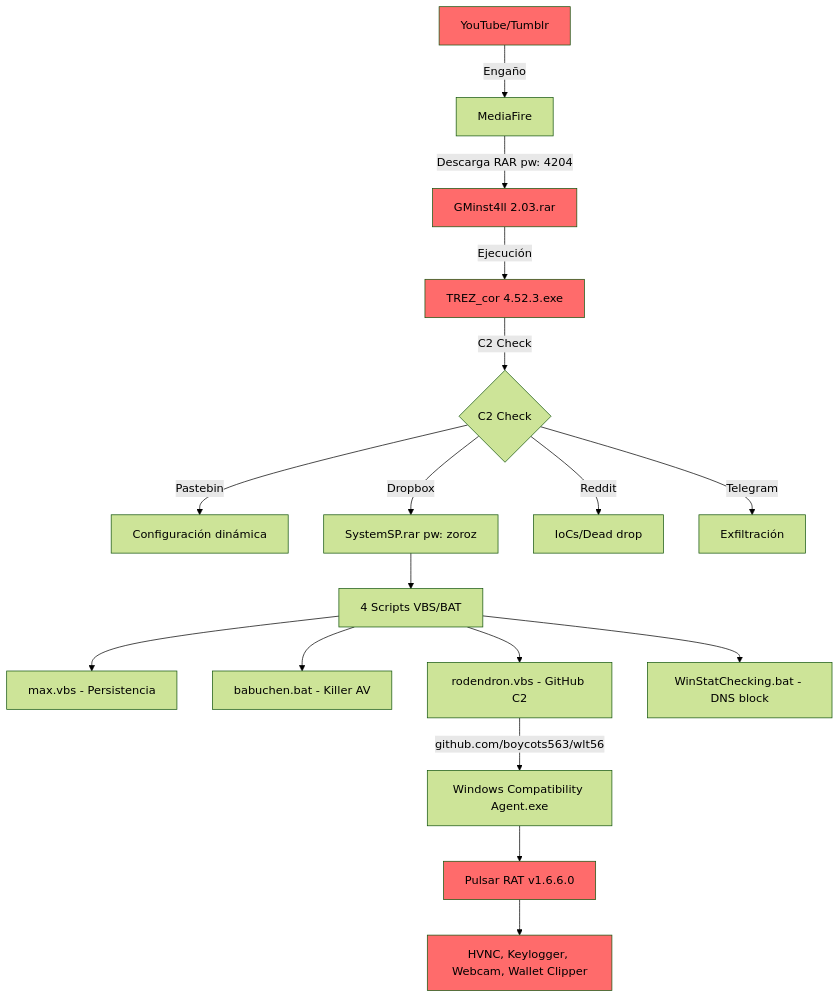
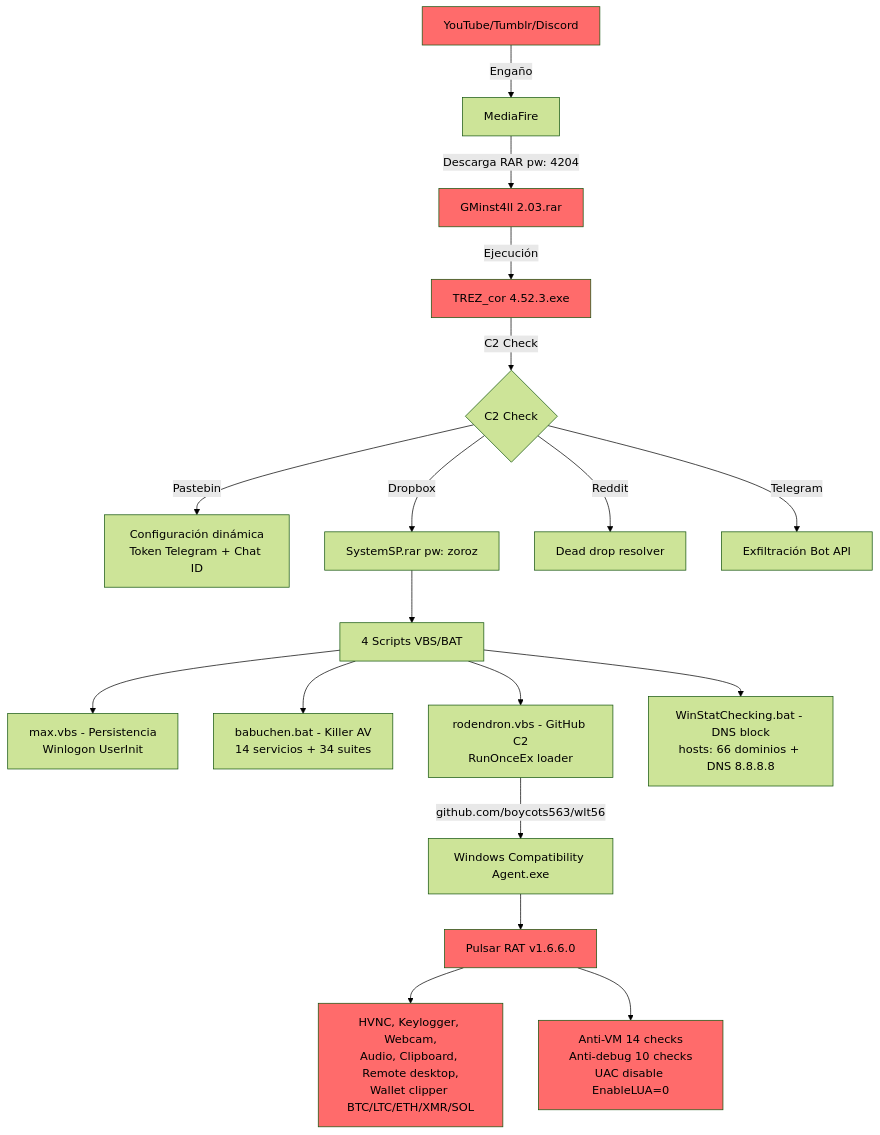
Diagram 11 of 12 in docs/thesis/appendix_f.md (alesanfe/soar-ransomware-lab), drawn with Mermaid (forest theme) before and after one commit. The commit also changed other lines of this file, not shown here.

````diff
--- a/docs/thesis/appendix_f.md
+++ b/docs/thesis/appendix_f.md
@@ -453,24 +472,26 @@
 ```mermaid
 graph TD
- A[YouTube/Tumblr] -->|Engaño| B[MediaFire]
+ A[YouTube/Tumblr/Discord] -->|Engaño| B[MediaFire]
  B -->|Descarga RAR pw: 4204| C[GMinst4ll 2.03.rar]
  C -->|Ejecución| D[TREZ_cor 4.52.3.exe]
  D -->|C2 Check| E{C2 Check}
- E -->|Pastebin| F[Configuración dinámica]
+ E -->|Pastebin| F[Configuración dinámica<br/>Token Telegram + Chat ID]
  E -->|Dropbox| G[SystemSP.rar pw: zoroz]
- E -->|Reddit| H[IoCs/Dead drop]
- E -->|Telegram| I[Exfiltración]
+ E -->|Reddit| H[Dead drop resolver]
+ E -->|Telegram| I[Exfiltración Bot API]
  G --> J[4 Scripts VBS/BAT]
- J --> K[max.vbs - Persistencia]
- J --> L[babuchen.bat - Killer AV]
- J --> M[rodendron.vbs - GitHub C2]
- J --> N[WinStatChecking.bat - DNS block]
+ J --> K[max.vbs - Persistencia<br/>Winlogon UserInit]
+ J --> L[babuchen.bat - Killer AV<br/>14 servicios + 34 suites]
+ J --> M[rodendron.vbs - GitHub C2<br/>RunOnceEx loader]
+ J --> N[WinStatChecking.bat - DNS block<br/>hosts: 66 dominios + DNS 8.8.8.8]
  M -->|github.com/boycots563/wlt56| O[Windows Compatibility Agent.exe]
  O --> P[Pulsar RAT v1.6.6.0]
- P --> Q[HVNC, Keylogger, Webcam, Wallet Clipper]
+ P --> Q[HVNC, Keylogger, Webcam,<br/>Audio, Clipboard, Remote desktop,<br/>Wallet clipper BTC/LTC/ETH/XMR/SOL]
+ P --> R[Anti-VM 14 checks<br/>Anti-debug 10 checks<br/>UAC disable EnableLUA=0]
  style A fill:#ff6b6b
  style C fill:#ff6b6b
  style D fill:#ff6b6b
  style P fill:#ff6b6b
  style Q fill:#ff6b6b
+ style R fill:#ff6b6b
 ```
````
